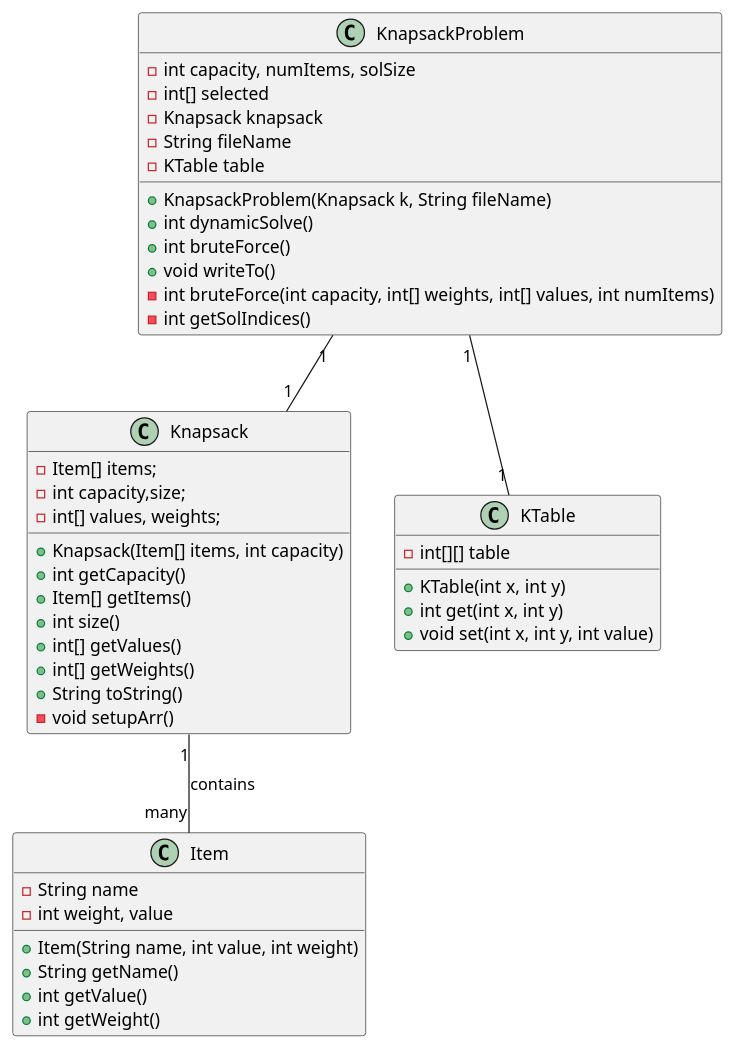
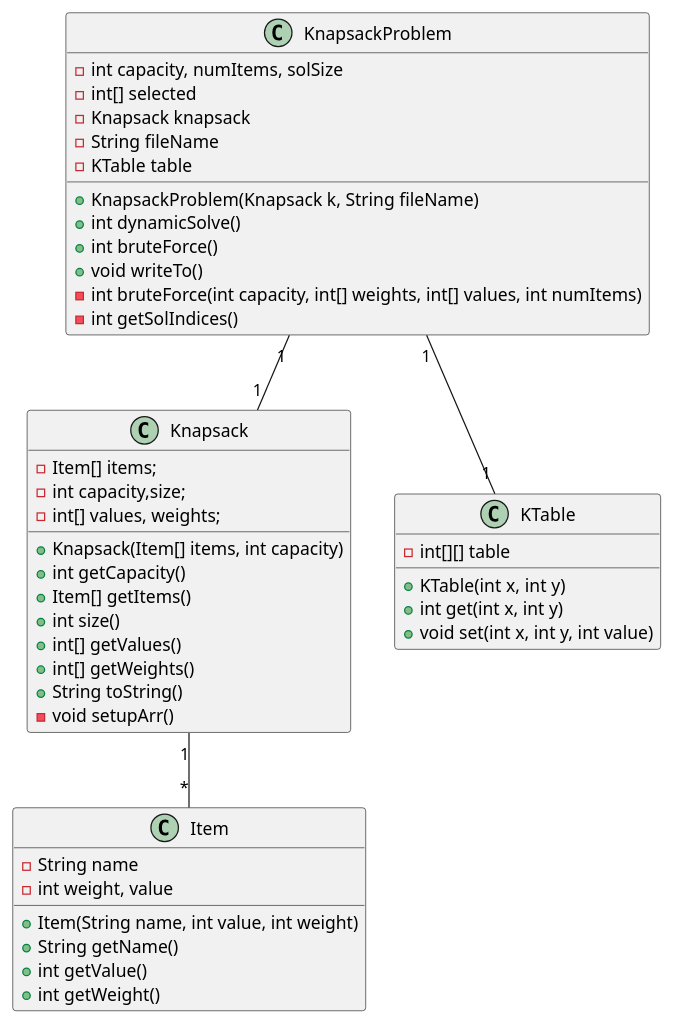
One commit to jsanv026/KnapsackProblem changed the diagram in src/1.puml. Above: the diagram before and after it, drawn with PlantUML. The commit also changed 9 other files, not shown here.

```diff
--- a/src/1.puml
+++ b/src/1.puml
@@ -1,63 +1,63 @@
 @startuml
 'https://plantuml.com/class-diagram
 
 class Item {
     - String name
     - int weight, value
 
     + Item(String name, int value, int weight)
     + String getName()
     + int getValue()
     + int getWeight()
 
 }
 
 class Knapsack {
 
     - Item[] items;
     - int capacity,size;
     - int[] values, weights;
 
     + Knapsack(Item[] items, int capacity)
     + int getCapacity()
     + Item[] getItems()
     + int size()
     + int[] getValues()
     + int[] getWeights()
     + String toString()
     - void setupArr()
 
 }
 
 class KTable {
 
     - int[][] table
 
     + KTable(int x, int y)
     + int get(int x, int y)
     + void set(int x, int y, int value)
 
 }
 
 class KnapsackProblem {
 
     - int capacity, numItems, solSize
     - int[] selected
     - Knapsack knapsack
     - String fileName
     - KTable table
 
     + KnapsackProblem(Knapsack k, String fileName)
     + int dynamicSolve()
     + int bruteForce()
     + void writeTo()
     - int bruteForce(int capacity, int[] weights, int[] values, int numItems)
     - int getSolIndices()
 
 }
 
-Knapsack "1" -- "many" Item : contains
+Knapsack "1" -- "*" Item
 KnapsackProblem "1" -- "1" Knapsack
 KnapsackProblem "1" -- "1" KTable
 
 @enduml
```
